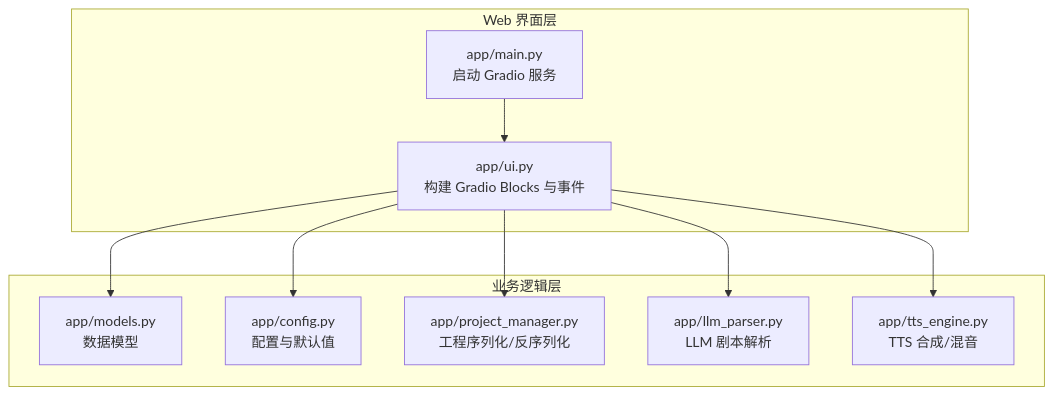
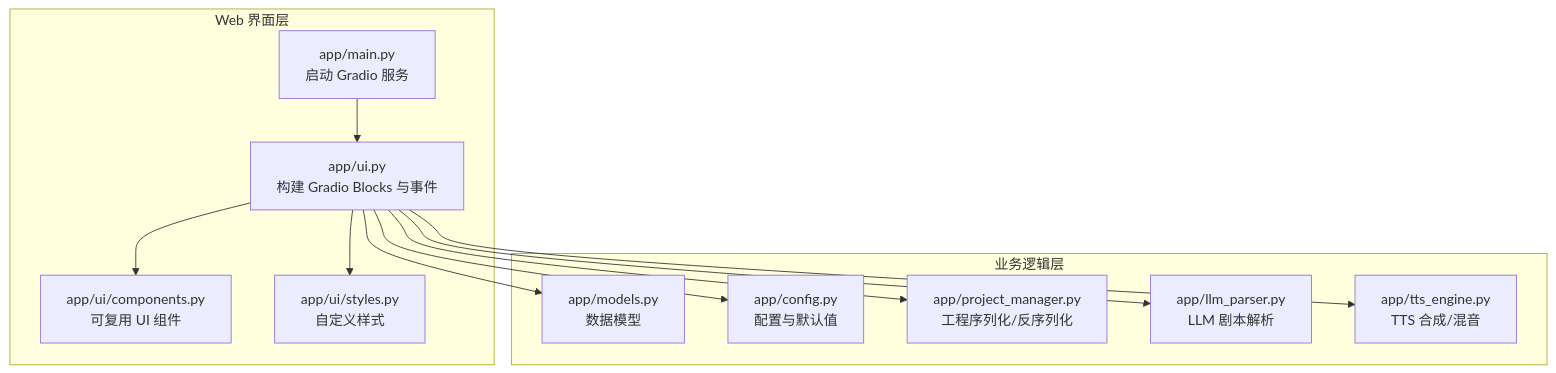
One commit to sdjeny/tts-studio changed the first of 3 diagrams in .qoder/repowiki/zh/content/用户界面指南.md. Above: the diagram before and after it, drawn with Mermaid. The commit also changed other lines of this file and 10 other files, not shown here.

````diff
--- a/.qoder/repowiki/zh/content/用户界面指南.md
+++ b/.qoder/repowiki/zh/content/用户界面指南.md
@@ -37,20 +50,24 @@
 ```mermaid
 graph TB
 subgraph "Web 界面层"
 UI["app/ui.py<br/>构建 Gradio Blocks 与事件"]
+COMPONENTS["app/ui/components.py<br/>可复用 UI 组件"]
+STYLES["app/ui/styles.py<br/>自定义样式"]
 MAIN["app/main.py<br/>启动 Gradio 服务"]
 end
 subgraph "业务逻辑层"
 MODELS["app/models.py<br/>数据模型"]
 CONFIG["app/config.py<br/>配置与默认值"]
 PM["app/project_manager.py<br/>工程序列化/反序列化"]
 LLM["app/llm_parser.py<br/>LLM 剧本解析"]
 TTS["app/tts_engine.py<br/>TTS 合成/混音"]
 end
 MAIN --> UI
+UI --> COMPONENTS
+UI --> STYLES
 UI --> MODELS
 UI --> CONFIG
 UI --> PM
 UI --> LLM
 UI --> TTS
 ```
````
